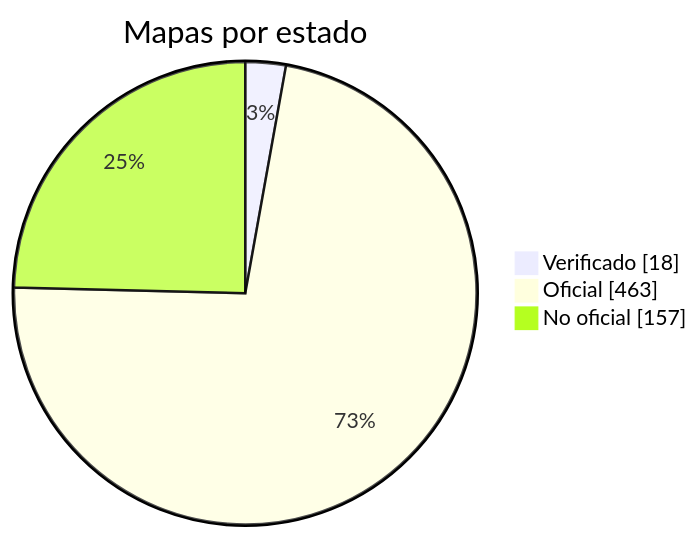
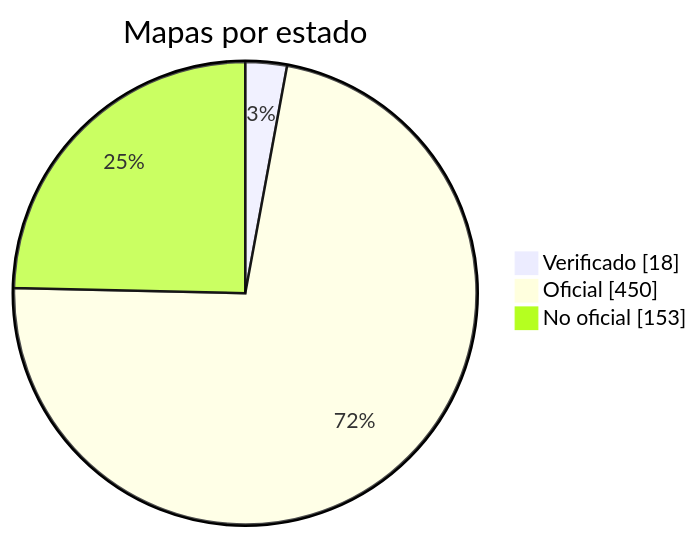
One commit to nobrega8/mbmap-library changed the diagram in docs/readme/README_ES.md. Above: the diagram before and after it, drawn with Mermaid. The commit also changed 47 other files, not shown here.

````diff
--- a/docs/readme/README_ES.md
+++ b/docs/readme/README_ES.md
@@ -54,7 +54,7 @@
 ```mermaid
 pie showData
     title Mapas por estado
     "Verificado" : 18
-    "Oficial" : 463
-    "No oficial" : 157
+    "Oficial" : 450
+    "No oficial" : 153
 ```
````
